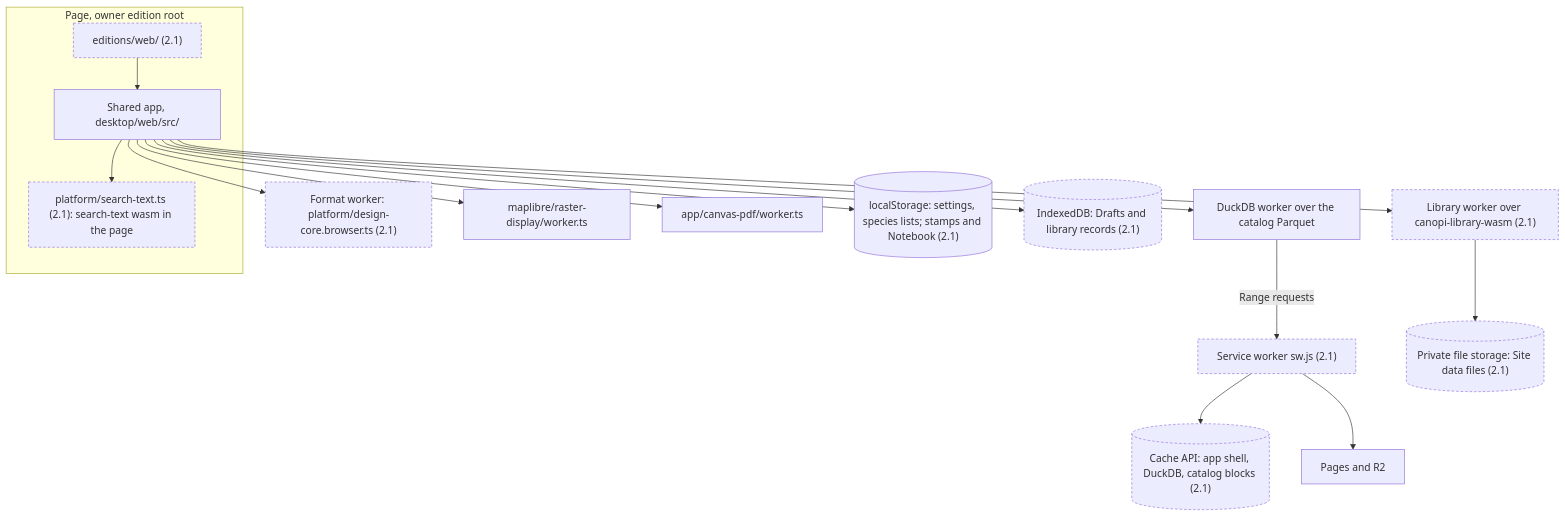
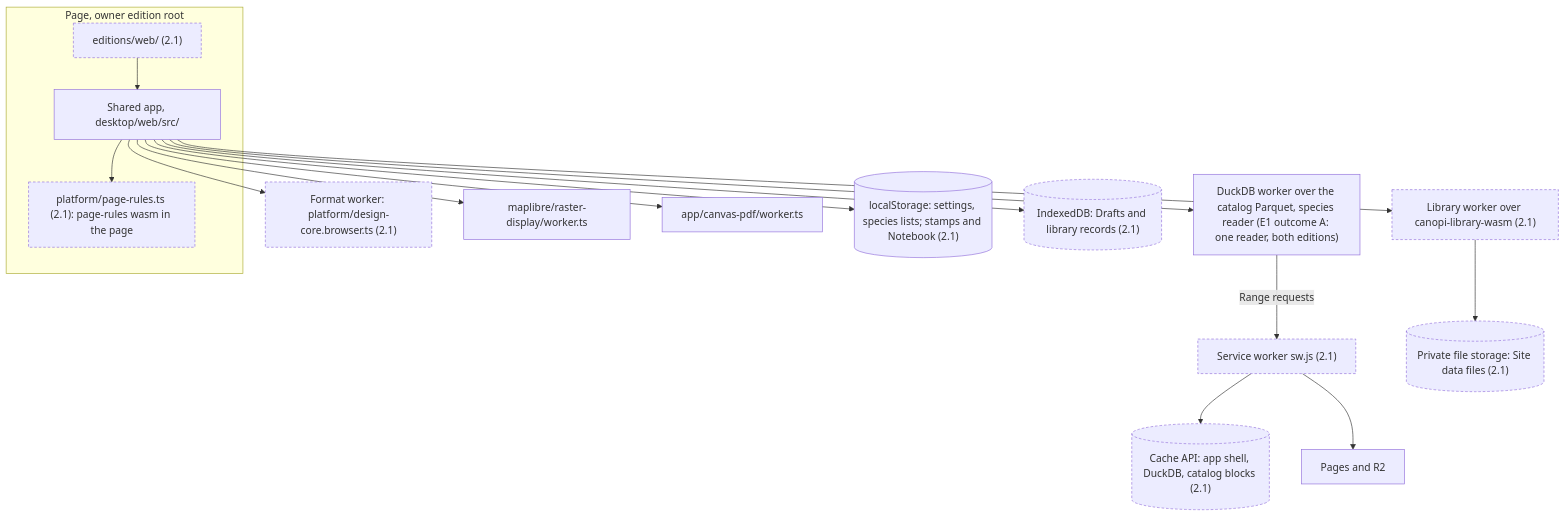
Before and after one commit to opencanopi/canopi: the third of 8 diagrams in docs/architecture/components.md, drawn with Mermaid. The commit also changed other lines of this file and 33 other files, not shown here.

Commit message:
docs: apply the architecture review's findings to ADRs, plan, contracts, ledger and model

````diff
--- a/docs/architecture/components.md
+++ b/docs/architecture/components.md
@@ -101,33 +101,33 @@
 ```mermaid
 flowchart TB
   classDef target stroke-dasharray: 4 3
   subgraph page["Page, owner edition root"]
     root["editions/web/ (2.1)"]:::target
     app["Shared app, desktop/web/src/"]
-    st["platform/search-text.ts (2.1): search-text wasm in the page"]:::target
+    st["platform/page-rules.ts (2.1): page-rules wasm in the page"]:::target
   end
   fw["Format worker: platform/design-core.browser.ts (2.1)"]:::target
   lw["Library worker over canopi-library-wasm (2.1)"]:::target
-  dw["DuckDB worker over the catalog Parquet"]
+  dw["DuckDB worker over the catalog Parquet, species reader (E1 outcome A: one reader, both editions)"]
   rw["maplibre/raster-display/worker.ts"]
   pw["app/canvas-pdf/worker.ts"]
   sw["Service worker sw.js (2.1)"]:::target
   ls[("localStorage: settings, species lists; stamps and Notebook (2.1)")]
   idb[("IndexedDB: Drafts and library records (2.1)")]:::target
   opfs[("Private file storage: Site data files (2.1)")]:::target
   caches[("Cache API: app shell, DuckDB, catalog blocks (2.1)")]:::target
   host["Pages and R2"]
   root --> app
   app --> st
   app --> fw
   app --> lw
   app --> dw
   app --> rw
   app --> pw
   app --> ls
   app --> idb
   lw --> opfs
   dw -->|"Range requests"| sw
   sw --> caches
   sw --> host
 ```
````
